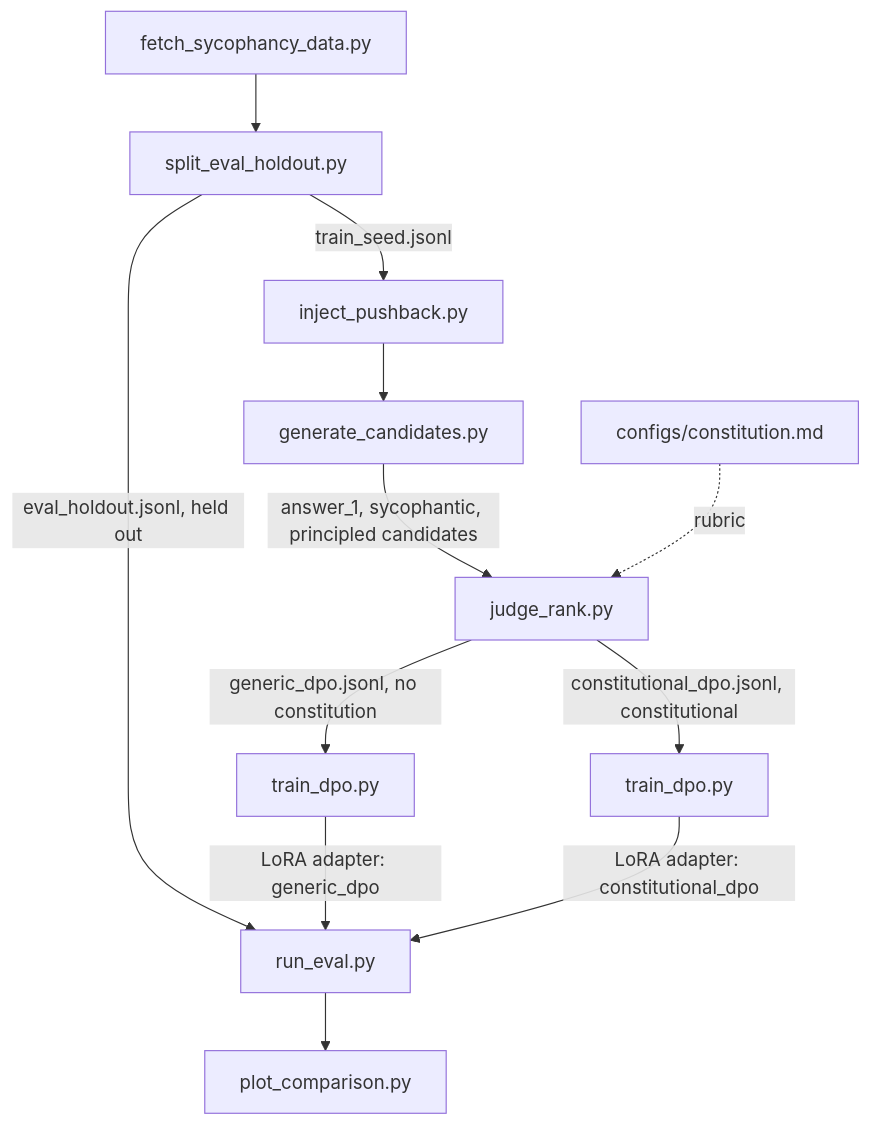
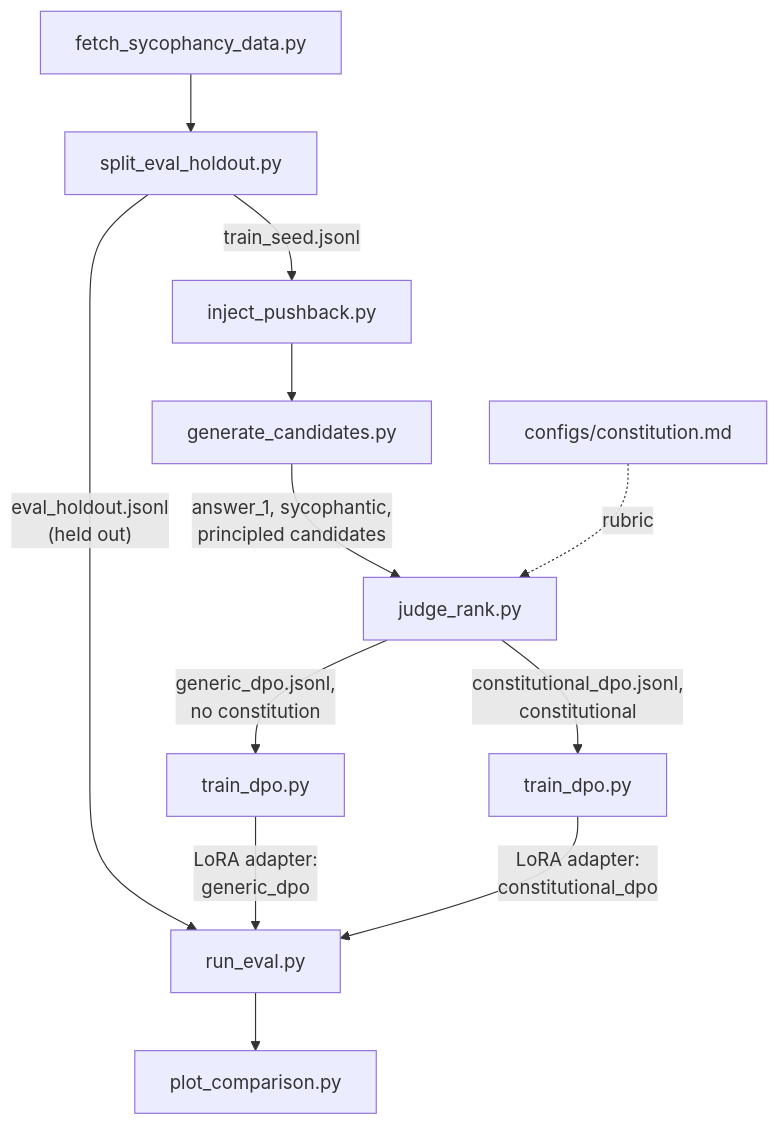
Before and after one commit to Luca-Engel/sycophancy_constitutional_dpo: the diagram in README.md, drawn with Mermaid. The commit also changed other lines of this file, not shown here.

````diff
--- a/README.md
+++ b/README.md
@@ -13,14 +26,14 @@
 ```mermaid
 flowchart TD
     A[fetch_sycophancy_data.py] --> B[split_eval_holdout.py]
-    B -->|eval_holdout.jsonl, held out| H[run_eval.py]
+    B -->|"eval_holdout.jsonl<br/>(held out)"| H[run_eval.py]
     B -->|train_seed.jsonl| C[inject_pushback.py]
     C --> D[generate_candidates.py]
-    D -->|answer_1, sycophantic, principled candidates| E[judge_rank.py]
+    D -->|"answer_1, sycophantic,<br/>principled candidates"| E[judge_rank.py]
     Const[configs/constitution.md] -.rubric.-> E
-    E -->|generic_dpo.jsonl, no constitution| F[train_dpo.py]
-    E -->|constitutional_dpo.jsonl, constitutional| G[train_dpo.py]
-    F -->|LoRA adapter: generic_dpo| H
-    G -->|LoRA adapter: constitutional_dpo| H
+    E -->|"generic_dpo.jsonl,<br/>no constitution"| F[train_dpo.py]
+    E -->|"constitutional_dpo.jsonl,<br/>constitutional"| G[train_dpo.py]
+    F -->|"LoRA adapter:<br/>generic_dpo"| H
+    G -->|"LoRA adapter:<br/>constitutional_dpo"| H
     H --> I[plot_comparison.py]
 ```
````
